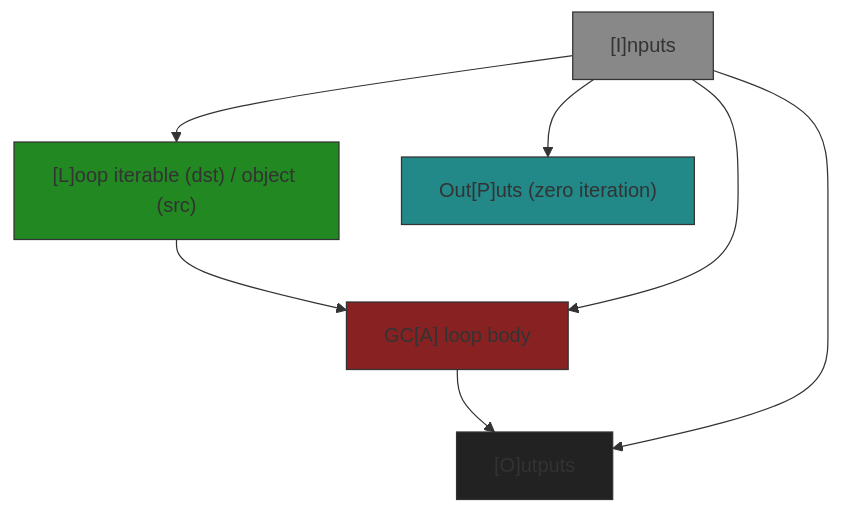
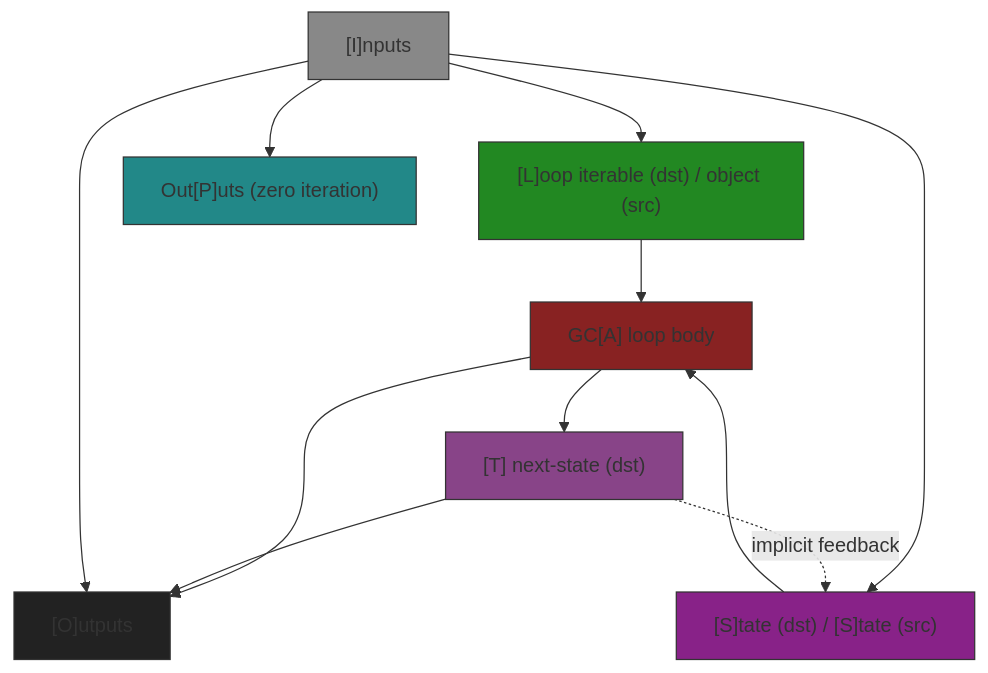
The third of 7 diagrams in egppy/egppy/genetic_code/docs/graph.md (Shapedsundew9/erasmus-gp), drawn with Mermaid before and after one commit. The commit also changed other lines of this file and 2 other files, not shown here.

Commit message:
Enhance connection graph nomenclature and documentation; add new loop state and next-state interfaces for clarity

````diff
--- a/egppy/egppy/genetic_code/docs/graph.md
+++ b/egppy/egppy/genetic_code/docs/graph.md
@@ -142,26 +184,37 @@
 ```mermaid
 %% For-Loop GC
 flowchart TB
     I["[I]nputs"]
     L["[L]oop iterable (dst) / object (src)"]
+    S["[S]tate (dst) / [S]tate (src)"]
+    T["[T] next-state (dst)"]
     A["GC[A] loop body"]
     O["[O]utputs"]
     P["Out[P]uts (zero iteration)"]
     I --> L
-    L --> A --> O
-    I --> A
+    I --> S
+    L --> A
+    S --> A
+    A --> T
+    A --> O
+    T --> O
+    T -.->|implicit feedback| S
     I --> O
     I --> P
     
 classDef Icd fill:#888888,stroke:#333,stroke-width:1px
 classDef Lcd fill:#228822,stroke:#333,stroke-width:1px
+classDef Scd fill:#882288,stroke:#333,stroke-width:1px
+classDef Tcd fill:#884488,stroke:#333,stroke-width:1px
 classDef Acd fill:#882222,stroke:#333,stroke-width:1px
 classDef Ocd fill:#222222,stroke:#333,stroke-width:1px
 classDef Pcd fill:#228888,stroke:#333,stroke-width:1px
 
 class I Icd
 class L Lcd
+class S Scd
+class T Tcd
 class A Acd
 class O Ocd
 class P Pcd
 ```
````
